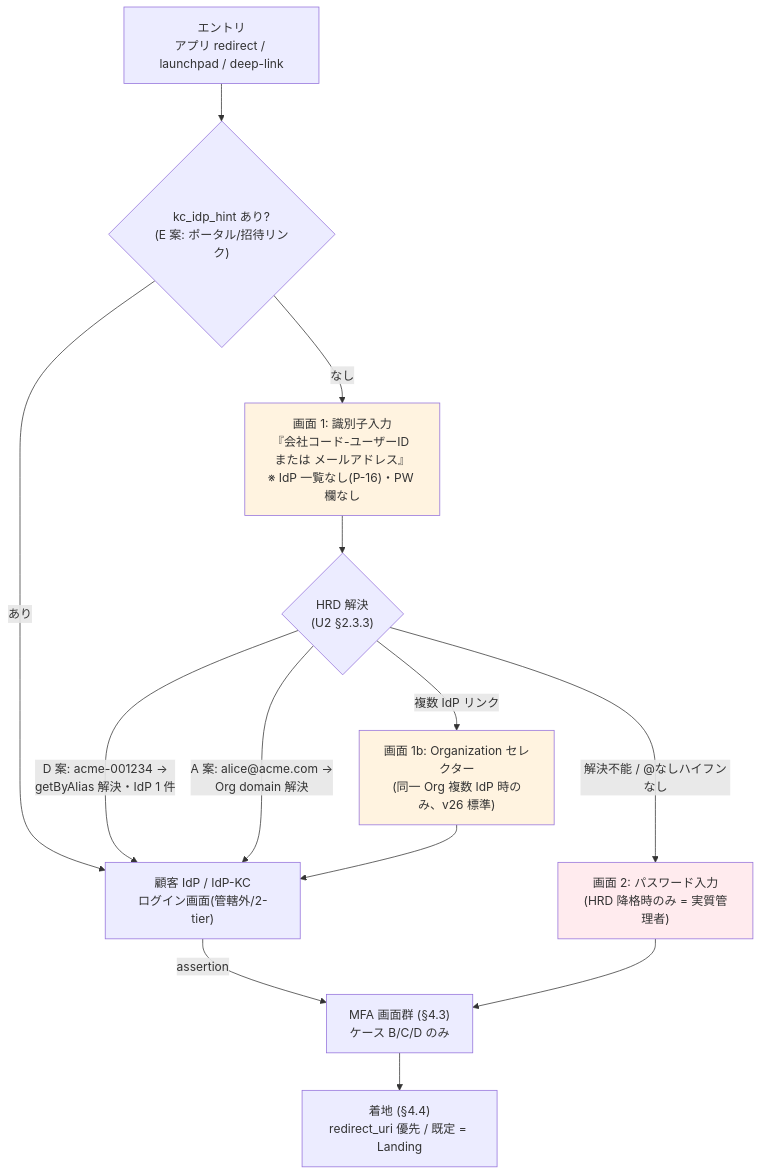
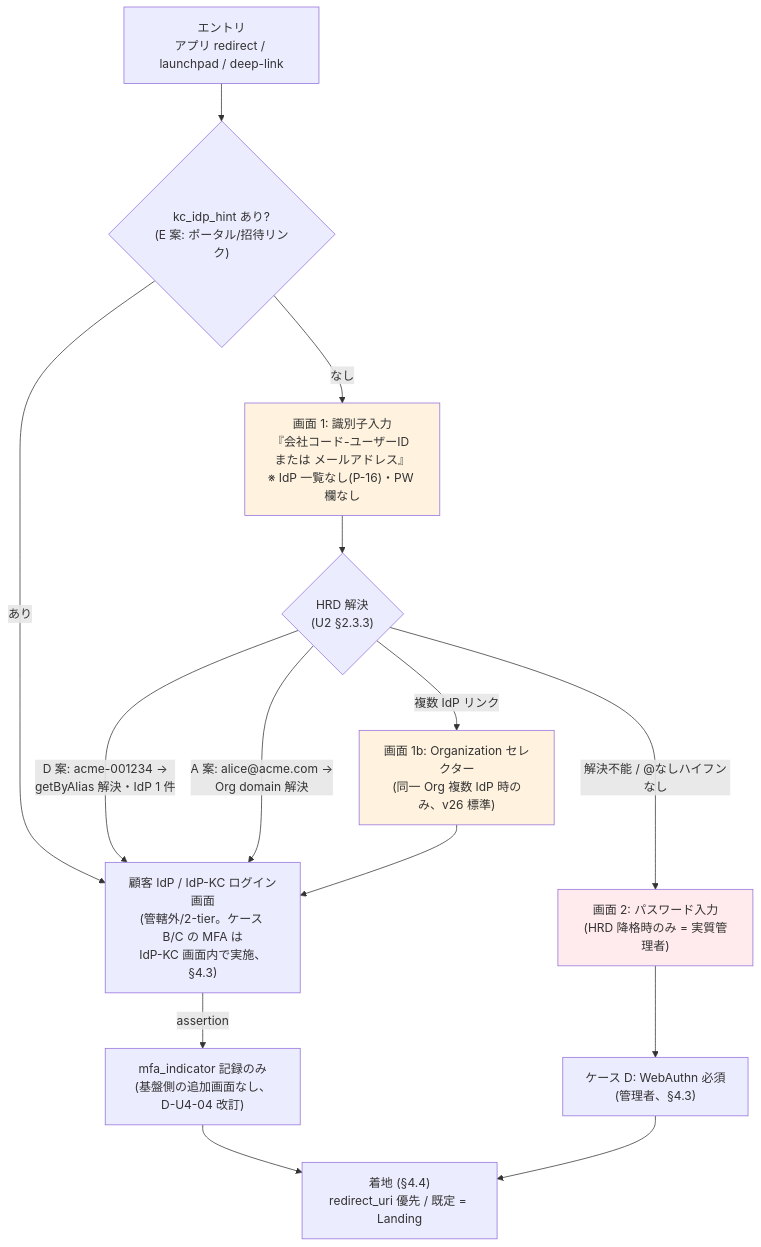
One commit to suepie/aws-atuh-poc changed the first of 3 diagrams in doc/basic-design/04-auth-ux-design.md. Above: the diagram before and after it, drawn with Mermaid. The commit also changed other lines of this file and 84 other files, not shown here.

````diff
--- a/doc/basic-design/04-auth-ux-design.md
+++ b/doc/basic-design/04-auth-ux-design.md
@@ -63,28 +63,28 @@
 ```mermaid
 flowchart TB
     Entry["エントリ<br/>アプリ redirect / launchpad / deep-link"]
     Hint{"kc_idp_hint あり?<br/>(E 案: ポータル/招待リンク)"}
     S1["画面 1: 識別子入力<br/>『会社コード-ユーザーID または メールアドレス』<br/>※ IdP 一覧なし(P-16)・PW 欄なし"]
     HRD{"HRD 解決<br/>(U2 §2.3.3)"}
     Sel["画面 1b: Organization セレクター<br/>(同一 Org 複数 IdP 時のみ、v26 標準)"]
-    IdP["顧客 IdP / IdP-KC<br/>ログイン画面(管轄外/2-tier)"]
+    IdP["顧客 IdP / IdP-KC ログイン画面<br/>(管轄外/2-tier。ケース B/C の MFA は<br/>IdP-KC 画面内で実施、§4.3)"]
     S2["画面 2: パスワード入力<br/>(HRD 降格時のみ = 実質管理者)"]
-    MFA["MFA 画面群 (§4.3)<br/>ケース B/C/D のみ"]
+    Rec["mfa_indicator 記録のみ<br/>(基盤側の追加画面なし、D-U4-04 改訂)"]
+    D["ケース D: WebAuthn 必須<br/>(管理者、§4.3)"]
     Land["着地 (§4.4)<br/>redirect_uri 優先 / 既定 = Landing"]
 
     Entry --> Hint
     Hint -->|あり| IdP
     Hint -->|なし| S1
     S1 --> HRD
     HRD -->|"D 案: acme-001234 →<br/>getByAlias 解決・IdP 1 件"| IdP
     HRD -->|"A 案: alice@acme.com →<br/>Org domain 解決"| IdP
     HRD -->|複数 IdP リンク| Sel --> IdP
     HRD -->|"解決不能 / @なしハイフンなし"| S2
-    IdP -->|assertion| MFA
-    S2 --> MFA
-    MFA --> Land
+    IdP -->|assertion| Rec --> Land
+    S2 --> D --> Land
 
     style S1 fill:#fff3e0
     style S2 fill:#ffebee
     style Sel fill:#fff3e0
 ```
````
